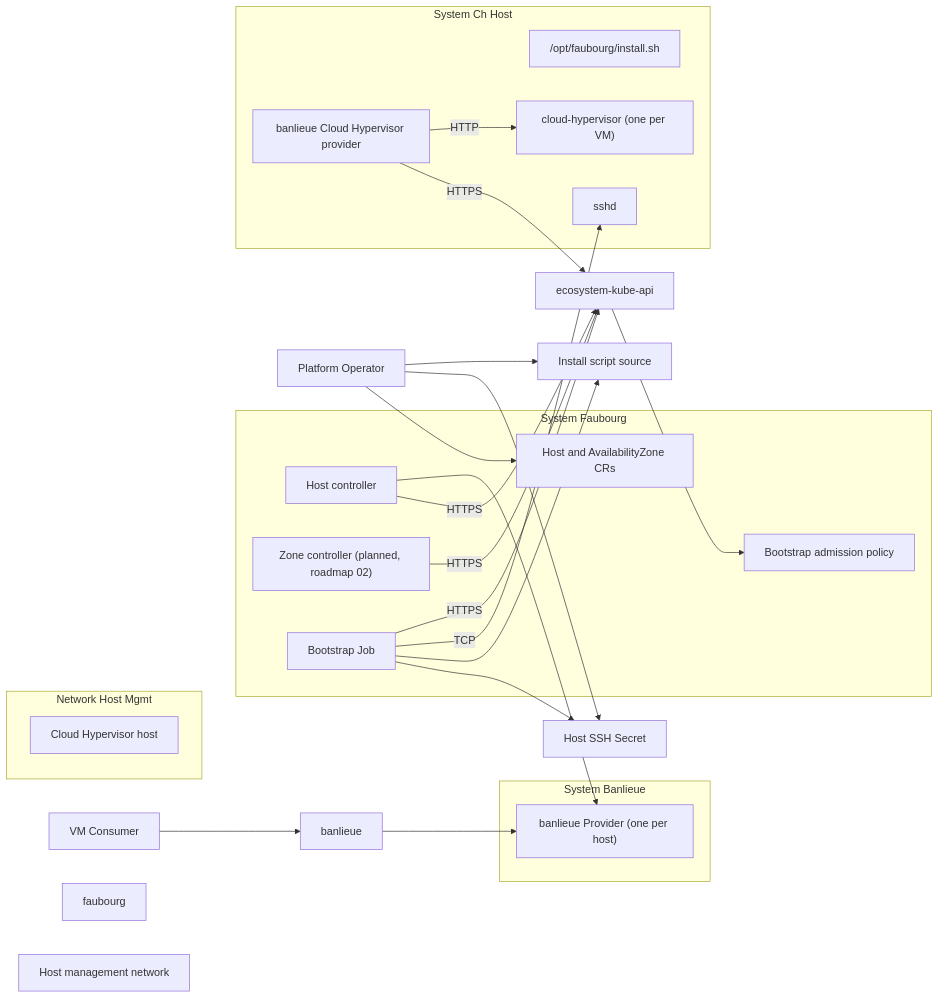
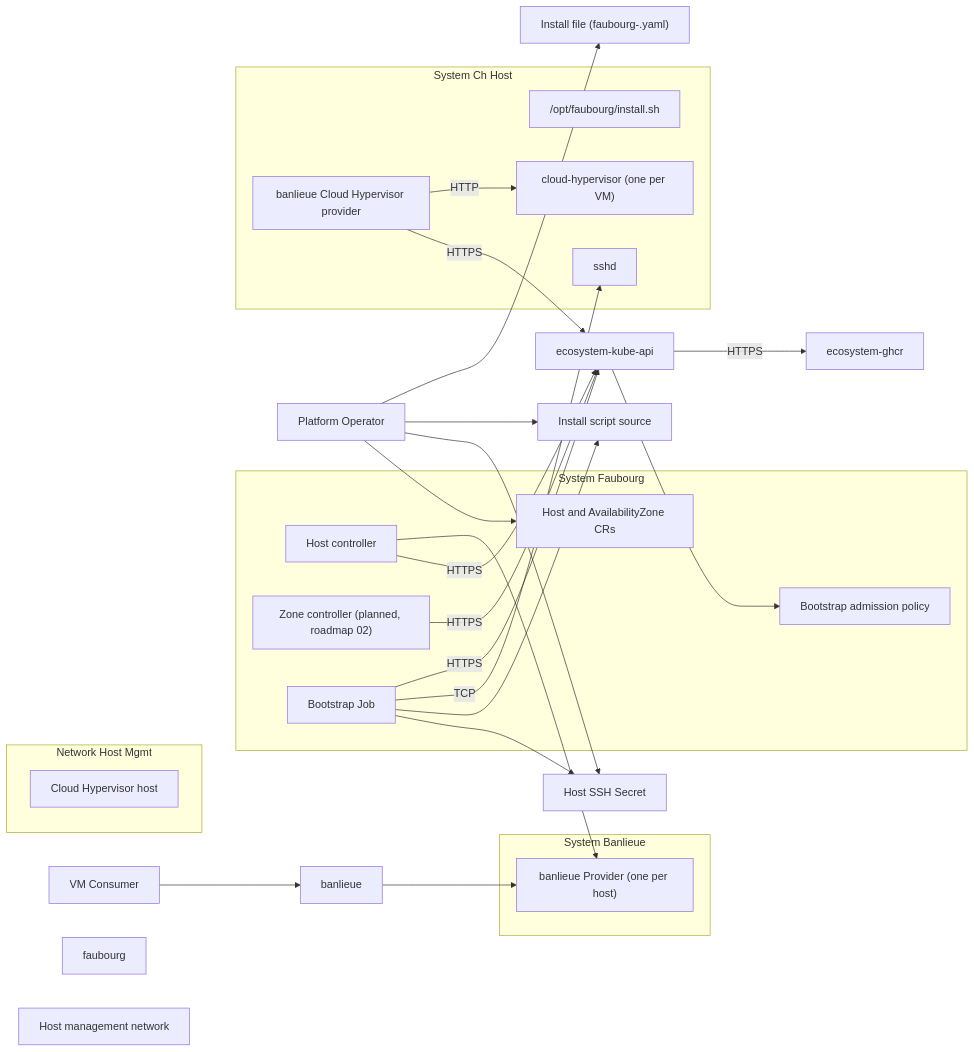
One commit to firestoned/faubourg changed the diagram in docs/architecture/diagrams/system.md. Above: the diagram before and after it, drawn with Mermaid. The commit also changed 19 other files, not shown here.

````diff
--- a/docs/architecture/diagrams/system.md
+++ b/docs/architecture/diagrams/system.md
@@ -21,55 +21,58 @@
 ```mermaid
 flowchart LR
     actor-platform-operator["Platform Operator"]
     actor-vm-consumer["VM Consumer"]
     system-faubourg["faubourg"]
     service-host-controller["Host controller"]
     service-zone-controller["Zone controller (planned, roadmap 02)"]
     service-bootstrap-job["Bootstrap Job"]
     service-bootstrap-admission-policy["Bootstrap admission policy"]
     data-asset-host-az-crs["Host and AvailabilityZone CRs"]
     data-asset-ssh-secret["Host SSH Secret"]
     system-banlieue["banlieue"]
     data-asset-provider-cr["banlieue Provider (one per host)"]
     system-ch-host["Cloud Hypervisor host"]
     data-asset-install-script["Install script source"]
     data-asset-host-install-script["/opt/faubourg/install.sh"]
     service-ssh["sshd"]
     service-banlieue-ch-provider["banlieue Cloud Hypervisor provider"]
     service-cloud-hypervisor["cloud-hypervisor (one per VM)"]
     network-host-mgmt["Host management network"]
+    data-asset-install-file["Install file (faubourg-<version>.yaml)"]
     subgraph sg_system-faubourg [System Faubourg]
         service-host-controller
         service-zone-controller
         service-bootstrap-job
         service-bootstrap-admission-policy
         data-asset-host-az-crs
     end
     subgraph sg_system-ch-host [System Ch Host]
         service-ssh
         data-asset-host-install-script
         service-banlieue-ch-provider
         service-cloud-hypervisor
     end
     subgraph sg_system-banlieue [System Banlieue]
         data-asset-provider-cr
     end
     subgraph sg_network-host-mgmt [Network Host Mgmt]
         system-ch-host
     end
     actor-platform-operator --> data-asset-host-az-crs
     actor-platform-operator --> data-asset-ssh-secret
     actor-platform-operator --> data-asset-install-script
     actor-vm-consumer --> system-banlieue
     service-host-controller -->|HTTPS| ecosystem-kube-api
     ecosystem-kube-api --> service-bootstrap-admission-policy
     service-zone-controller -->|HTTPS| ecosystem-kube-api
     service-bootstrap-job --> data-asset-ssh-secret
     service-bootstrap-job --> data-asset-install-script
     service-bootstrap-job -->|TCP| service-ssh
     service-banlieue-ch-provider -->|HTTPS| ecosystem-kube-api
     service-banlieue-ch-provider -->|HTTP| service-cloud-hypervisor
     system-banlieue --> data-asset-provider-cr
     service-host-controller --> data-asset-provider-cr
     service-bootstrap-job -->|HTTPS| ecosystem-kube-api
+    ecosystem-kube-api -->|HTTPS| ecosystem-ghcr
+    actor-platform-operator --> data-asset-install-file
 ```
````
